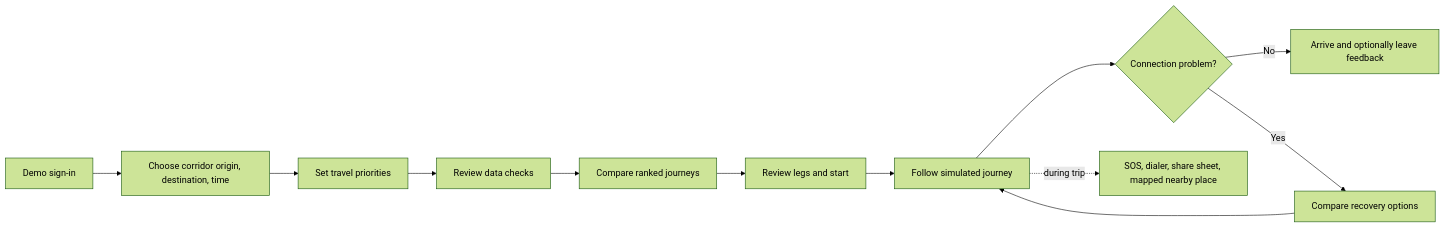
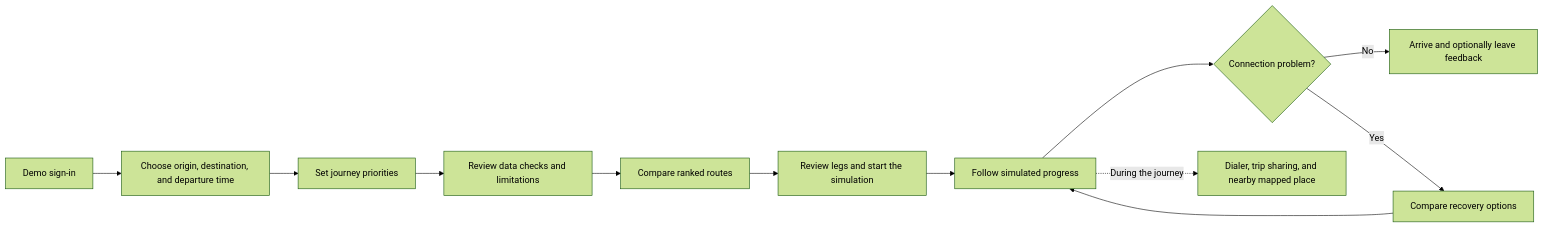
One commit to Shambhavi500/Raasta changed the first of 3 diagrams in README.md. Above: the diagram before and after it, drawn with Mermaid (forest theme). The commit also changed other lines of this file and 6 other files, not shown here.

````diff
--- a/README.md
+++ b/README.md
@@ -22,14 +39,14 @@
 ```mermaid
 flowchart LR
-  A[Demo sign-in] --> B[Choose corridor origin, destination, time]
-  B --> C[Set travel priorities]
-  C --> D[Review data checks]
-  D --> E[Compare ranked journeys]
-  E --> F[Review legs and start]
-  F --> G[Follow simulated journey]
-  G --> H{Connection problem?}
-  H -- No --> I[Arrive and optionally leave feedback]
-  H -- Yes --> J[Compare recovery options]
-  J --> G
-  G -. during trip .-> K[SOS, dialer, share sheet, mapped nearby place]
+    A[Demo sign-in] --> B[Choose origin, destination, and departure time]
+    B --> C[Set journey priorities]
+    C --> D[Review data checks and limitations]
+    D --> E[Compare ranked routes]
+    E --> F[Review legs and start the simulation]
+    F --> G[Follow simulated progress]
+    G --> H{Connection problem?}
+    H -- No --> I[Arrive and optionally leave feedback]
+    H -- Yes --> J[Compare recovery options]
+    J --> G
+    G -. During the journey .-> K[Dialer, trip sharing, and nearby mapped place]
 ```
````
